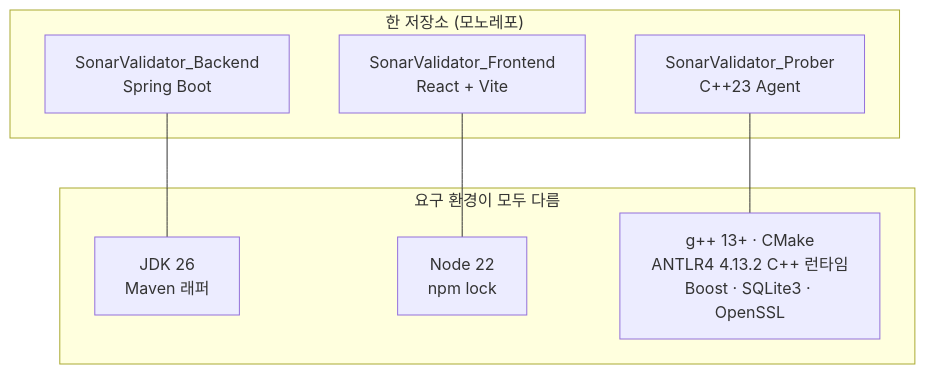
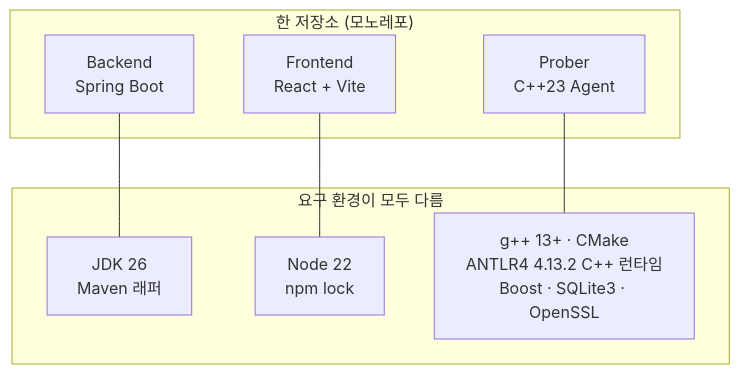
The first of 7 diagrams in docs/blog/2026-09-26-cicd-github-actions.md (wayfarer6/SonarValidator), drawn with Mermaid before and after one commit. The commit also changed other lines of this file and 220 other files, not shown here.

````diff
--- a/docs/blog/2026-09-26-cicd-github-actions.md
+++ b/docs/blog/2026-09-26-cicd-github-actions.md
@@ -22,18 +22,18 @@
 ```mermaid
 flowchart TB
     subgraph MONO["한 저장소 (모노레포)"]
-        B["SonarValidator_Backend<br/>Spring Boot"]
-        F["SonarValidator_Frontend<br/>React + Vite"]
-        P["SonarValidator_Prober<br/>C++23 Agent"]
+        B["Backend<br/>Spring Boot"]
+        F["Frontend<br/>React + Vite"]
+        P["Prober<br/>C++23 Agent"]
     end
 
     subgraph REQ["요구 환경이 모두 다름"]
         R1["JDK 26<br/>Maven 래퍼"]
         R2["Node 22<br/>npm lock"]
         R3["g++ 13+ · CMake<br/>ANTLR4 4.13.2 C++ 런타임<br/>Boost · SQLite3 · OpenSSL"]
     end
 
     B --- R1
     F --- R2
     P --- R3
 ```
````
